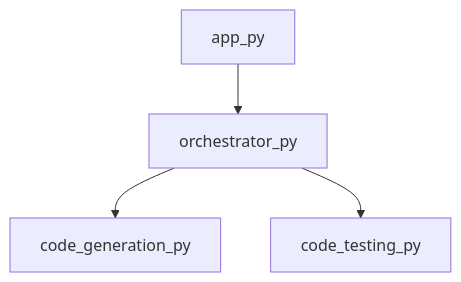
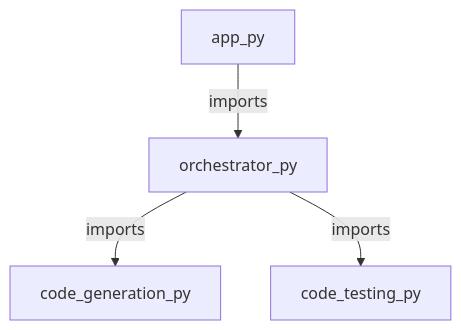
One commit to ralphie49/vasco changed the diagram in generated_docs/PWAI_TECHNICAL_SPEC.md. Above: the diagram before and after it, drawn with Mermaid. The commit also changed other lines of this file and 1 other file, not shown here.

````diff
--- a/generated_docs/PWAI_TECHNICAL_SPEC.md
+++ b/generated_docs/PWAI_TECHNICAL_SPEC.md
@@ -280,6 +283,6 @@
 ```mermaid
 graph TD
-  app_py --> orchestrator_py
-  orchestrator_py --> code_generation_py
-  orchestrator_py --> code_testing_py
+  app_py -->|imports| orchestrator_py
+  orchestrator_py -->|imports| code_generation_py
+  orchestrator_py -->|imports| code_testing_py
 ```
````
